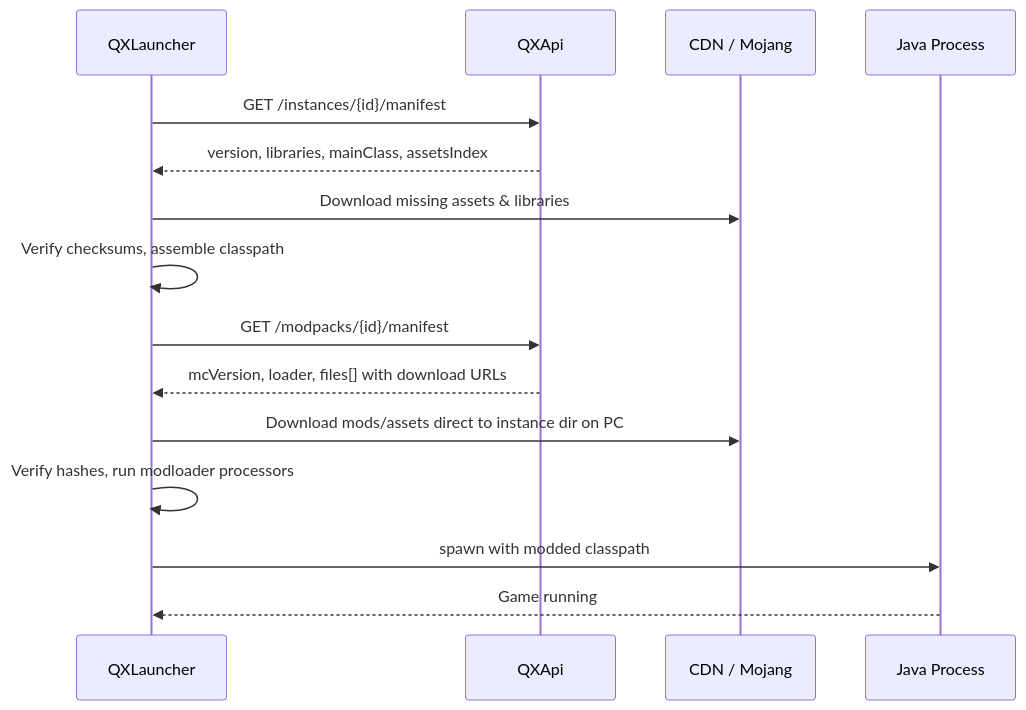
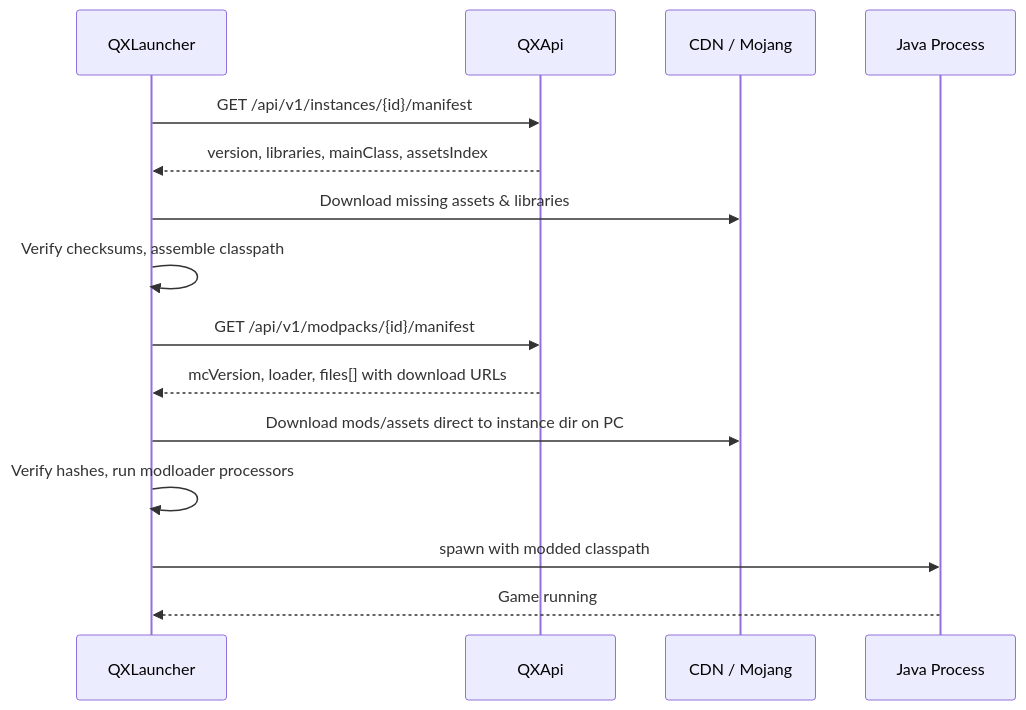
Before and after one commit to mindevis/qx-project: the seventh of 16 diagrams in docs/architecture.md, drawn with Mermaid. The commit also changed other lines of this file and 129 other files, not shown here.

````diff
--- a/docs/architecture.md
+++ b/docs/architecture.md
@@ -433,18 +477,18 @@
 ```mermaid
 sequenceDiagram
     participant L as QXLauncher
     participant API as QXApi
     participant CDN as CDN / Mojang
     participant JVM as Java Process
 
-    L->>API: GET /instances/{id}/manifest
+    L->>API: GET /api/v1/instances/{id}/manifest
     API-->>L: version, libraries, mainClass, assetsIndex
     L->>CDN: Download missing assets & libraries
     L->>L: Verify checksums, assemble classpath
-    L->>API: GET /modpacks/{id}/manifest
+    L->>API: GET /api/v1/modpacks/{id}/manifest
     API-->>L: mcVersion, loader, files[] with download URLs
     L->>CDN: Download mods/assets direct to instance dir on PC
     L->>L: Verify hashes, run modloader processors
     L->>JVM: spawn with modded classpath
     JVM-->>L: Game running
 ```
````
